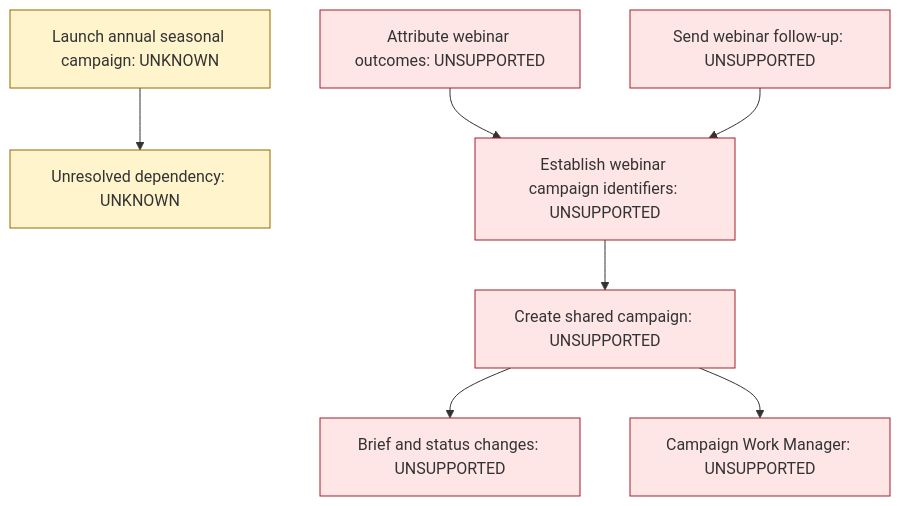
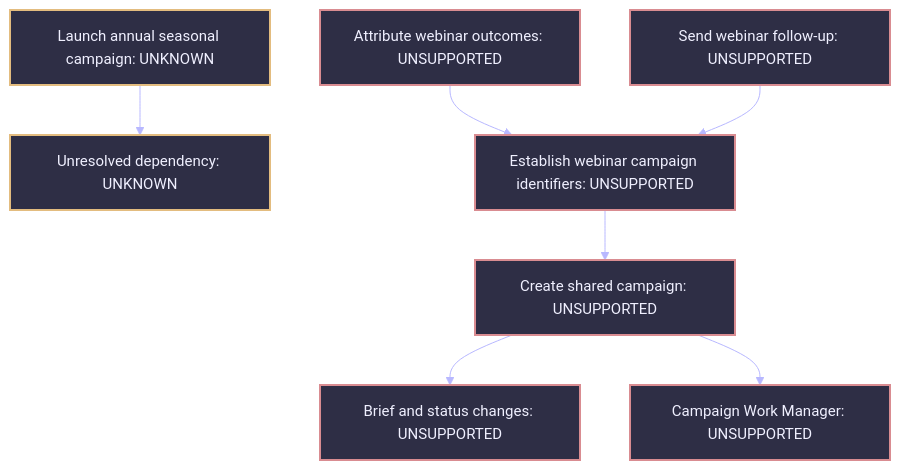
Before and after one commit to rlbsem/martech-estate-impact: the diagram in examples/generated/retire-work-manager-impact.mmd, drawn with Mermaid. The commit also changed 9 other files, not shown here.

Commit message:
Align estate architecture diagrams with portfolio dark theme

```diff
--- a/examples/generated/retire-work-manager-impact.mmd
+++ b/examples/generated/retire-work-manager-impact.mmd
@@ -1,20 +1,21 @@
+%%{init: {"theme":"base","themeVariables":{"background":"#10101D","primaryColor":"#2A2A3D","primaryTextColor":"#F0F0FF","primaryBorderColor":"#7C7CAF","lineColor":"#B8B8FF","textColor":"#F0F0FF","secondaryColor":"#181825","tertiaryColor":"#2E2E45","fontFamily":"IBM Plex Sans, Arial, sans-serif","fontSize":"15px","edgeLabelBackground":"#10101D"}}}%%
 %% Requirement witness view, filtered to changed or adverse outcomes. Unchanged supported requirements omitted; see assessment table. See JSON for evidence and truncation limits.
 %% Resolved dependency assertion nodes collapsed into edges; exact branches and references remain in JSON.
 flowchart TB
   n856d7201943a1c8b["Unresolved dependency: UNKNOWN"]:::UNKNOWN
   nee1c53e8389f8b2c["Brief and status changes: UNSUPPORTED"]:::UNSUPPORTED
   n5132531ff70b8467["Attribute webinar outcomes: UNSUPPORTED"]:::UNSUPPORTED
   nbfd3eb9c2ad381fc["Create shared campaign: UNSUPPORTED"]:::UNSUPPORTED
   n7ba8aa043da7af62["Send webinar follow-up: UNSUPPORTED"]:::UNSUPPORTED
   n9f4810be3d2c627d["Launch annual seasonal campaign: UNKNOWN"]:::UNKNOWN
   n04dbc40eef233770["Establish webinar campaign identifiers: UNSUPPORTED"]:::UNSUPPORTED
   n10bf9295cc995d86["Campaign Work Manager: UNSUPPORTED"]:::UNSUPPORTED
   n5132531ff70b8467 --> n04dbc40eef233770
   nbfd3eb9c2ad381fc --> nee1c53e8389f8b2c
   nbfd3eb9c2ad381fc --> n10bf9295cc995d86
   n7ba8aa043da7af62 --> n04dbc40eef233770
   n9f4810be3d2c627d --> n856d7201943a1c8b
   n04dbc40eef233770 --> nbfd3eb9c2ad381fc
-  classDef SUPPORTED fill:#edf7ee,stroke:#246634
-  classDef UNSUPPORTED fill:#ffe6e6,stroke:#a51d2d
-  classDef UNKNOWN fill:#fff4cc,stroke:#946800
+  classDef SUPPORTED fill:#24243A,stroke:#81C5B0,color:#F0F0FF,stroke-width:1.6px
+  classDef UNSUPPORTED fill:#2E2E45,stroke:#D98C91,color:#F0F0FF,stroke-width:2px
+  classDef UNKNOWN fill:#2E2E45,stroke:#E3BC7F,color:#F0F0FF,stroke-width:2px
```
